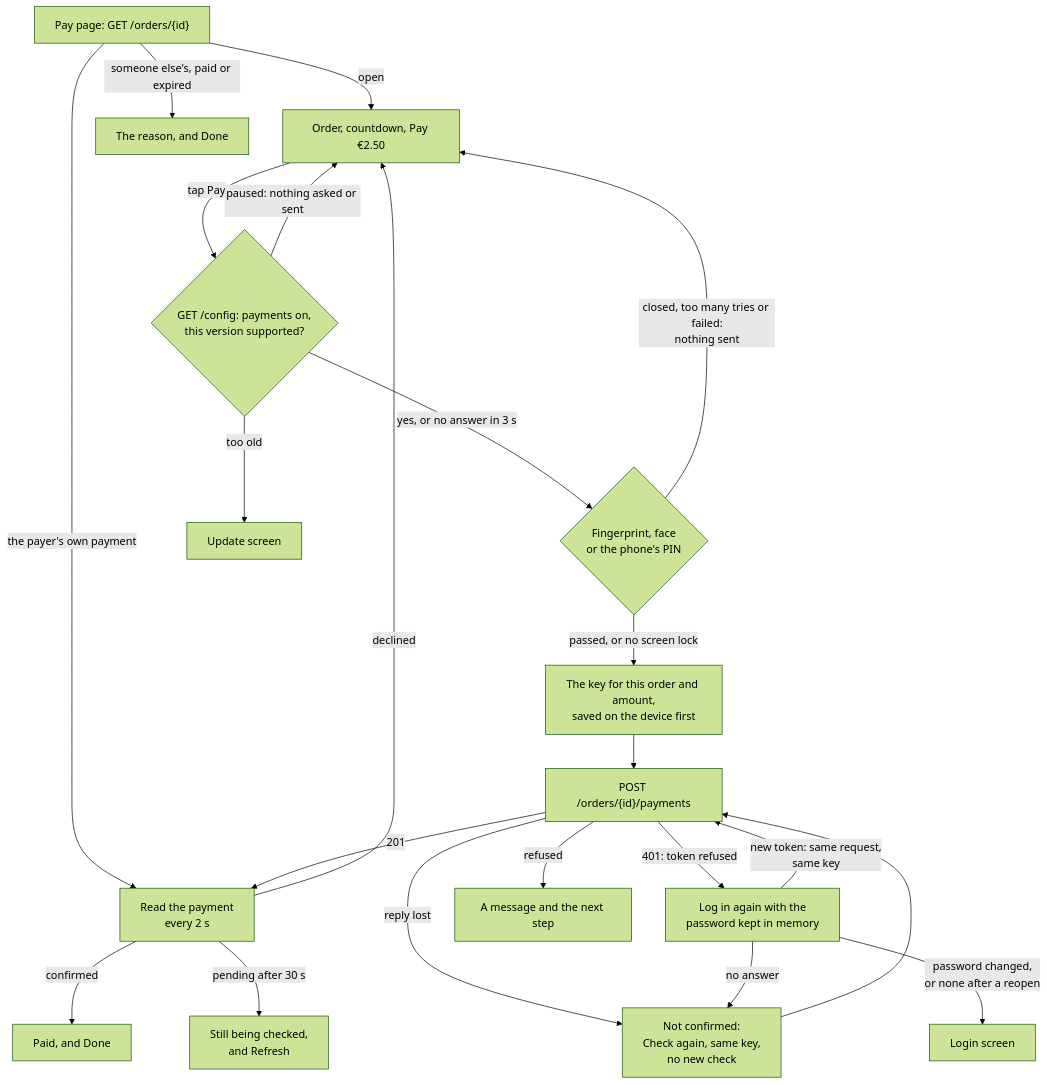
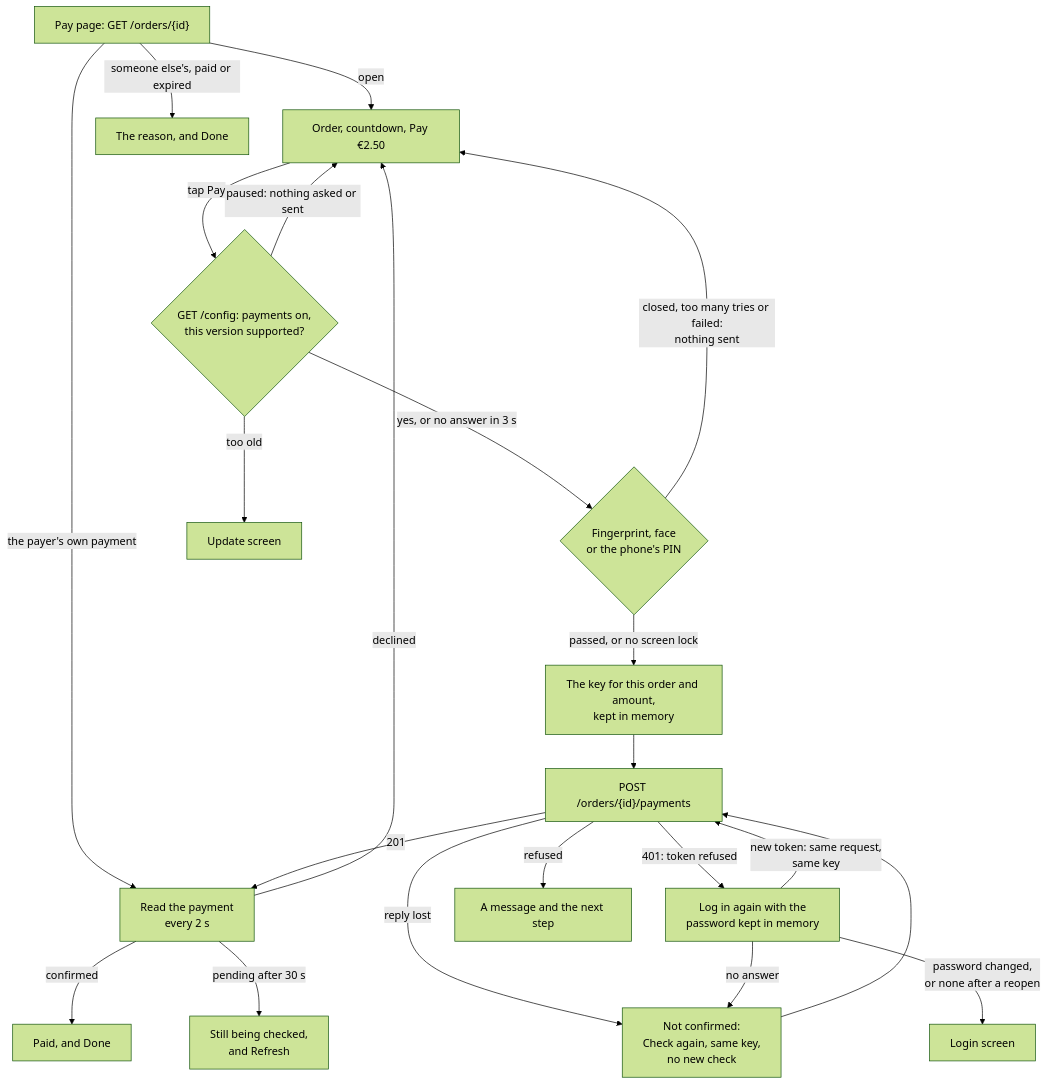
One commit to Ashish15082001/zahln changed the third of 3 diagrams in docs/student-plan.md. Above: the diagram before and after it, drawn with Mermaid (forest theme). The commit also changed other lines of this file and 3 other files, not shown here.

Commit message:
Describe the pay key kept in memory only: why saving it on the phone bought no safety, Log out forgetting it, the per-payer gap it closes, and its commit

````diff
--- a/docs/student-plan.md
+++ b/docs/student-plan.md
@@ -136,24 +136,24 @@
 ```mermaid
 flowchart TD
   Open["Pay page: GET /orders/{id}"] -- "open" --> Order["Order, countdown, Pay €2.50"]
   Open -- "the payer's own payment" --> Follow
   Open -- "someone else's, paid or expired" --> Closed["The reason, and Done"]
   Order -- "tap Pay" --> Config{"GET /config: payments on,<br/>this version supported?"}
   Config -- "yes, or no answer in 3 s" --> Check{"Fingerprint, face<br/>or the phone's PIN"}
   Config -- "paused: nothing asked or sent" --> Order
   Config -- "too old" --> Update["Update screen"]
-  Check -- "passed, or no screen lock" --> Key["The key for this order and amount,<br/>saved on the device first"]
+  Check -- "passed, or no screen lock" --> Key["The key for this order and amount,<br/>kept in memory"]
   Check -- "closed, too many tries or failed:<br/>nothing sent" --> Order
   Key --> Post["POST /orders/{id}/payments"]
   Post -- "201" --> Follow["Read the payment<br/>every 2 s"]
   Post -- "reply lost" --> Unconfirmed["Not confirmed:<br/>Check again, same key,<br/>no new check"]
   Unconfirmed --> Post
   Post -- "401: token refused" --> Renew["Log in again with the<br/>password kept in memory"]
   Renew -- "new token: same request,<br/>same key" --> Post
   Renew -- "no answer" --> Unconfirmed
   Renew -- "password changed,<br/>or none after a reopen" --> Login["Login screen"]
   Post -- "refused" --> Message["A message and the next step"]
   Follow -- "confirmed" --> Paid["Paid, and Done"]
   Follow -- "declined" --> Order
   Follow -- "pending after 30 s" --> Still["Still being checked,<br/>and Refresh"]
 ```
````
